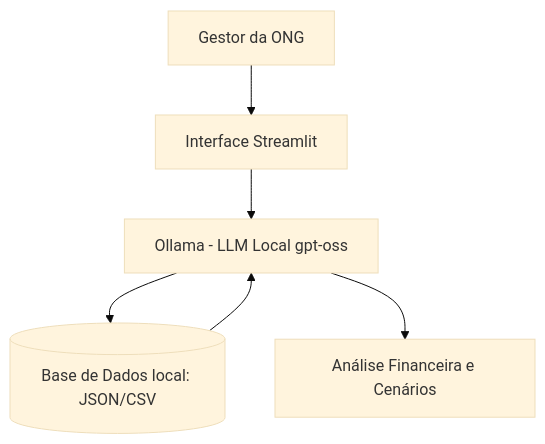
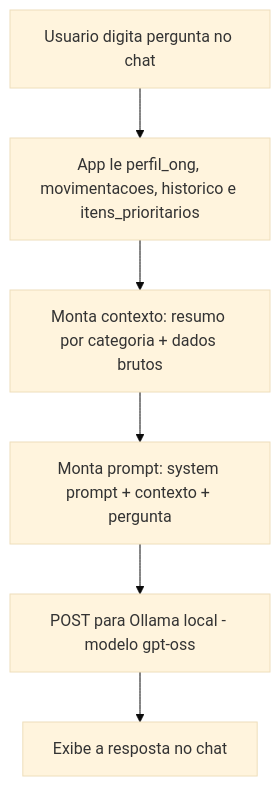
One commit to r0b3rTdk/amparo-agent changed the diagram in README.md. Above: the diagram before and after it, drawn with Mermaid (base theme). The commit also changed other lines of this file, not shown here.

````diff
--- a/README.md
+++ b/README.md
@@ -23,8 +19,8 @@
 ```mermaid
 flowchart TD
-    A[Gestor da ONG] --> B[Interface Streamlit]
-    B --> C[Ollama - LLM Local gpt-oss]
-    C --> D[(Base de Dados local: JSON/CSV)]
-    D --> C
-    C --> E[Análise Financeira e Cenários]
+    A[Usuario digita pergunta no chat] --> B[App le perfil_ong, movimentacoes, historico e itens_prioritarios]
+    B --> C[Monta contexto: resumo por categoria + dados brutos]
+    C --> D[Monta prompt: system prompt + contexto + pergunta]
+    D --> E[POST para Ollama local - modelo gpt-oss]
+    E --> F[Exibe a resposta no chat]
 ```
````
